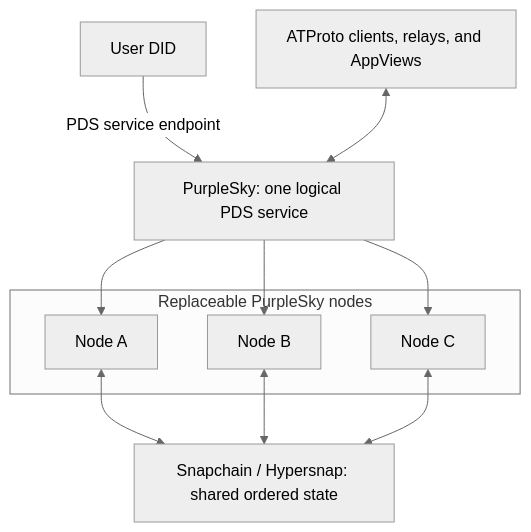
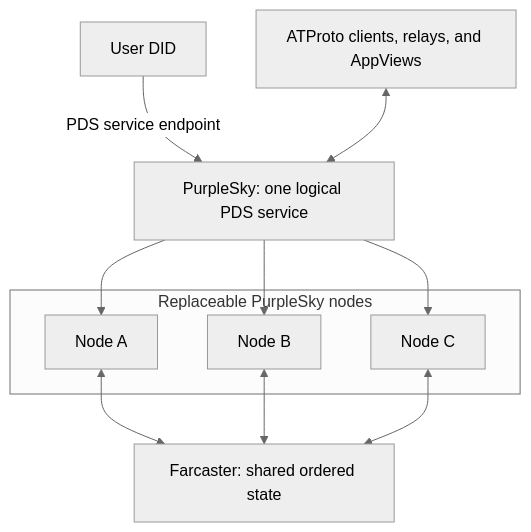
The first of 3 diagrams in README.md (pierce403/psky), drawn with Mermaid (neutral theme) before and after one commit. The commit also changed other lines of this file and 3 other files, not shown here.

````diff
--- a/README.md
+++ b/README.md
@@ -63,13 +63,13 @@
 ```mermaid
 flowchart TD
   did["User DID"] -->|"PDS service endpoint"| service
   consumers["ATProto clients, relays, and AppViews"] <--> service
   service["PurpleSky: one logical PDS service"]
   subgraph workers["Replaceable PurpleSky nodes"]
     a["Node A"]
     b["Node B"]
     c["Node C"]
   end
   service --> a & b & c
-  a & b & c <--> state["Snapchain / Hypersnap: shared ordered state"]
+  a & b & c <--> state["Farcaster: shared ordered state"]
 ```
````
